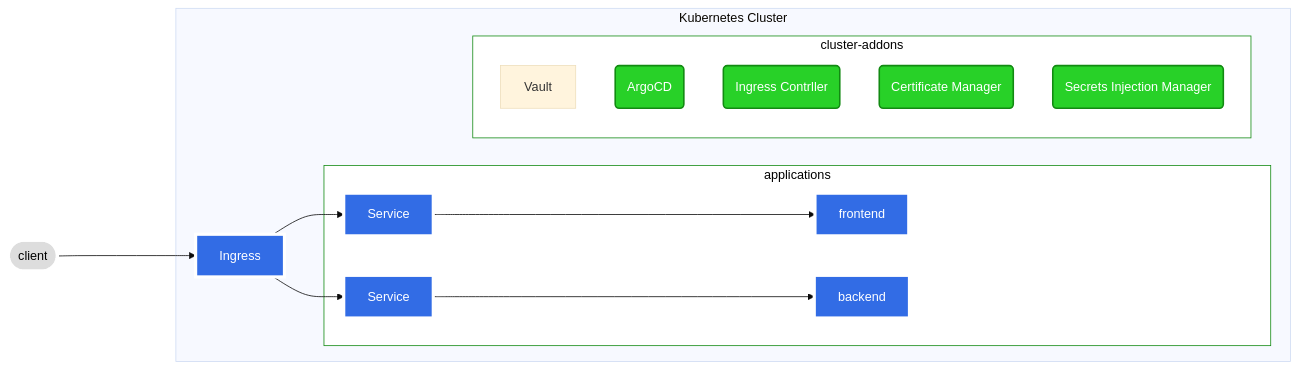
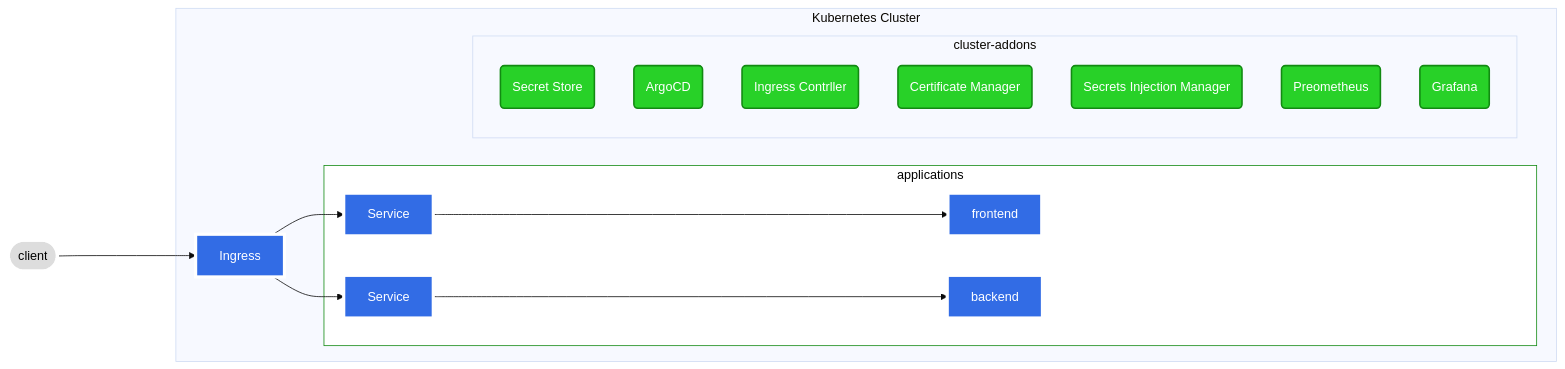
Before and after one commit to argo-universe/.github: the second of 2 diagrams in profile/README.md, drawn with Mermaid (base theme). The commit also changed other lines of this file and 1 other file, not shown here.

Commit message:
grafana and prometheus

````diff
--- a/profile/README.md
+++ b/profile/README.md
@@ -37,36 +40,36 @@
 ``` mermaid
 flowchart  LR
  client([client])---->ingress[Ingress];
  ingress--> service1[Service];
  ingress--> service2[Service];
  subgraph k8s ["Kubernetes Cluster"]
     ingress;
     subgraph applications
         service1-->pod1[frontend];
         service2-->pod2[backend];
     end
-    subgraph cluster-addons
-        
-        Vault;
+    subgraph cluster-addons         
+        SecretStore(Secret Store);
         ArgoCD(ArgoCD);
         ING(Ingress Contrller)
         CM(Certificate Manager);
         SI(Secrets Injection Manager);
-
+        preometheus(Preometheus);
+        grafana(Grafana);
     end
  end
 
 
 
  classDef plain fill:#ddd,stroke:#fff,stroke-width:4px,color:#000;
  classDef k8sAddons fill:#28d128,stroke:#128a12,stroke-width:2px,color:#fff;
  classDef whiteBack fill:#fff,stroke:#128a12,stroke-width:1px,color:#000;
  classDef k8s fill:#326ce5,stroke:#fff,stroke-width:4px,color:#fff; 
  class ingress,service1,service2,pod1,pod2 k8s;
  class cluster-addons,applications whiteBack;
- class ArgoCD,CM,SI,ING k8sAddons;
+ class ArgoCD,CM,SI,ING,SecretStore,preometheus,grafana k8sAddons;
  class client plain;
 
 
 
 ```
````
